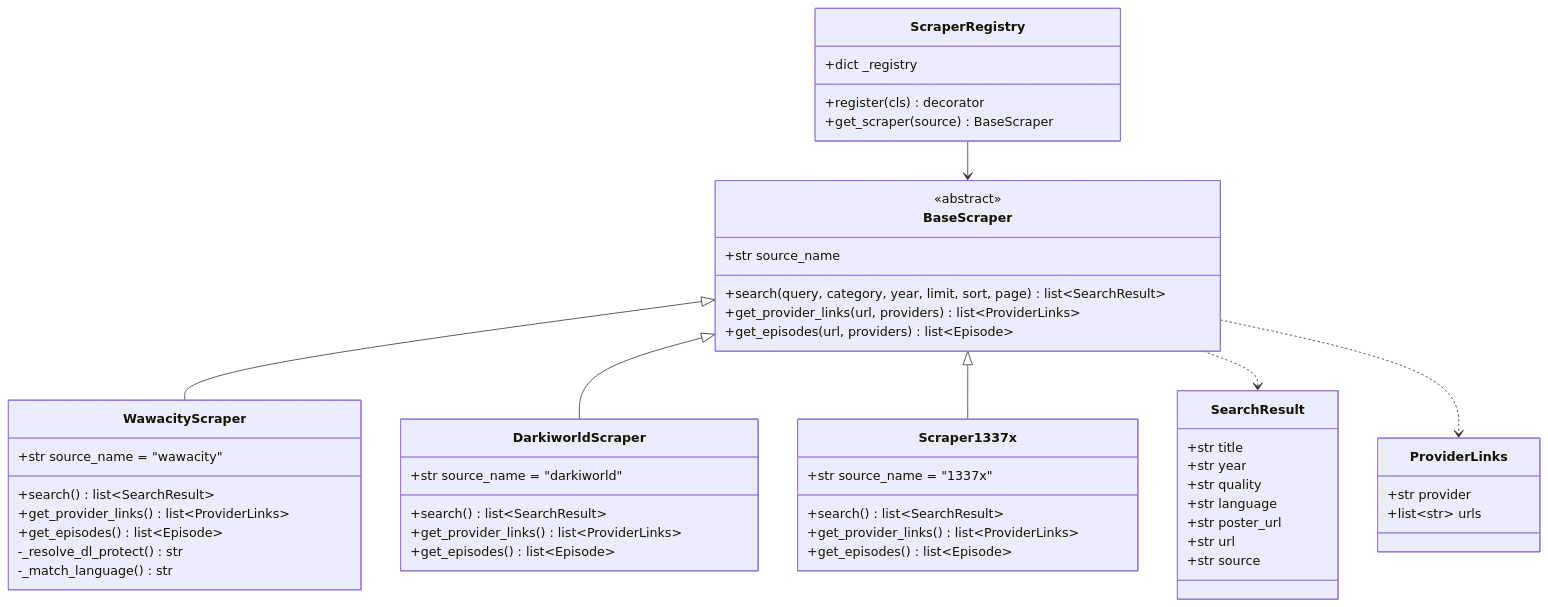
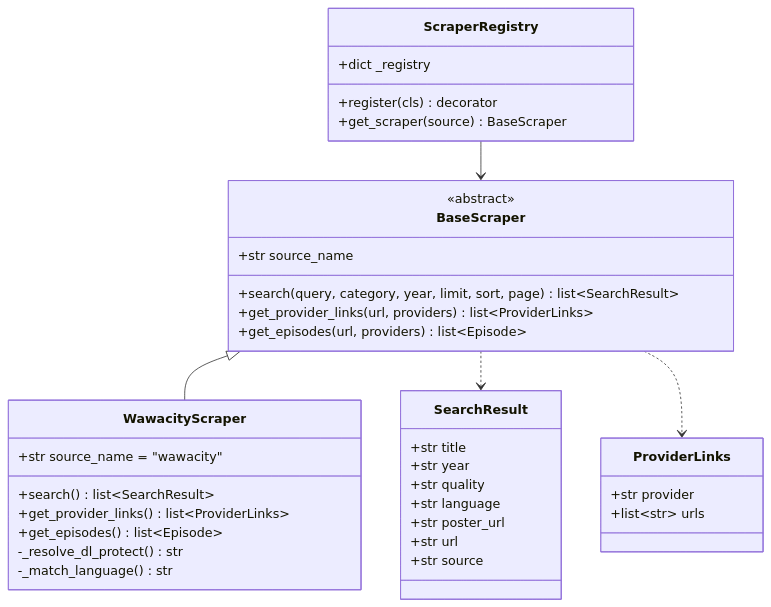
One commit to Gon3s/dl_discord_bot changed the sixth of 7 diagrams in docs/architecture-v2.md. Above: the diagram before and after it, drawn with Mermaid. The commit also changed other lines of this file and 17 other files, not shown here.

````diff
--- a/docs/architecture-v2.md
+++ b/docs/architecture-v2.md
@@ -256,61 +244,45 @@
 ```mermaid
 classDiagram
     class BaseScraper {
         <<abstract>>
         +str source_name
         +search(query, category, year, limit, sort, page) list~SearchResult~
         +get_provider_links(url, providers) list~ProviderLinks~
         +get_episodes(url, providers) list~Episode~
     }
 
     class SearchResult {
         +str title
         +str year
         +str quality
         +str language
         +str poster_url
         +str url
         +str source
     }
 
     class ProviderLinks {
         +str provider
         +list~str~ urls
     }
 
     class WawacityScraper {
         +str source_name = "wawacity"
         +search() list~SearchResult~
         +get_provider_links() list~ProviderLinks~
         +get_episodes() list~Episode~
         -_resolve_dl_protect() str
         -_match_language() str
     }
 
-    class DarkiworldScraper {
-        +str source_name = "darkiworld"
-        +search() list~SearchResult~
-        +get_provider_links() list~ProviderLinks~
-        +get_episodes() list~Episode~
-    }
-
-    class Scraper1337x {
-        +str source_name = "1337x"
-        +search() list~SearchResult~
-        +get_provider_links() list~ProviderLinks~
-        +get_episodes() list~Episode~
-    }
-
     class ScraperRegistry {
         +dict _registry
         +register(cls) decorator
         +get_scraper(source) BaseScraper
     }
 
     BaseScraper <|-- WawacityScraper
-    BaseScraper <|-- DarkiworldScraper
-    BaseScraper <|-- Scraper1337x
     BaseScraper ..> SearchResult
     BaseScraper ..> ProviderLinks
     ScraperRegistry --> BaseScraper
 ```
````
